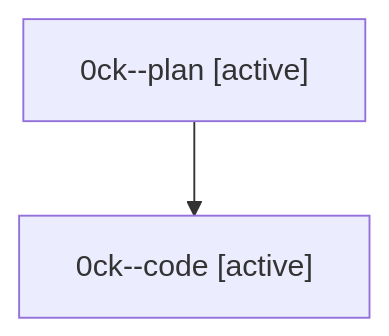
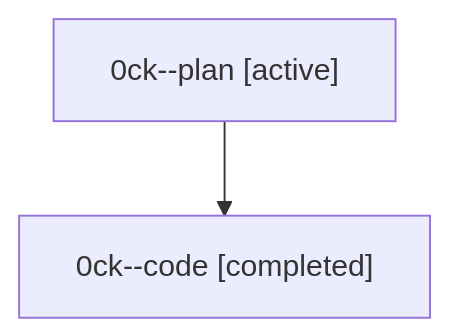
One commit to sase-org/sase--agents changed the diagram in families/bbugyi200.athena.0ck.md. Above: the diagram before and after it, drawn with Mermaid. The commit also changed other lines of this file and 35830 other files, not shown here.

````diff
--- a/families/bbugyi200.athena.0ck.md
+++ b/families/bbugyi200.athena.0ck.md
@@ -9,6 +9,6 @@
 ```mermaid
 flowchart TD
   n0["0ck--plan [active]"]
-  n1["0ck--code [active]"]
+  n1["0ck--code [completed]"]
   n0 --> n1
 ```
````
